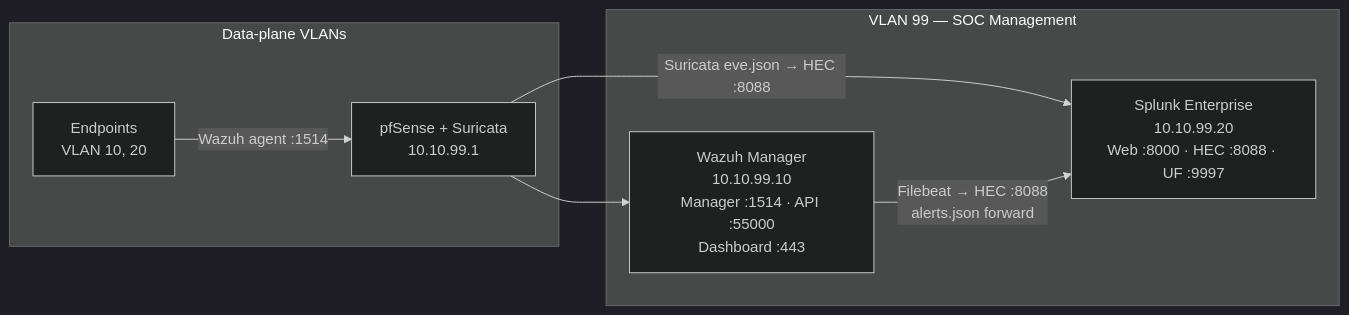
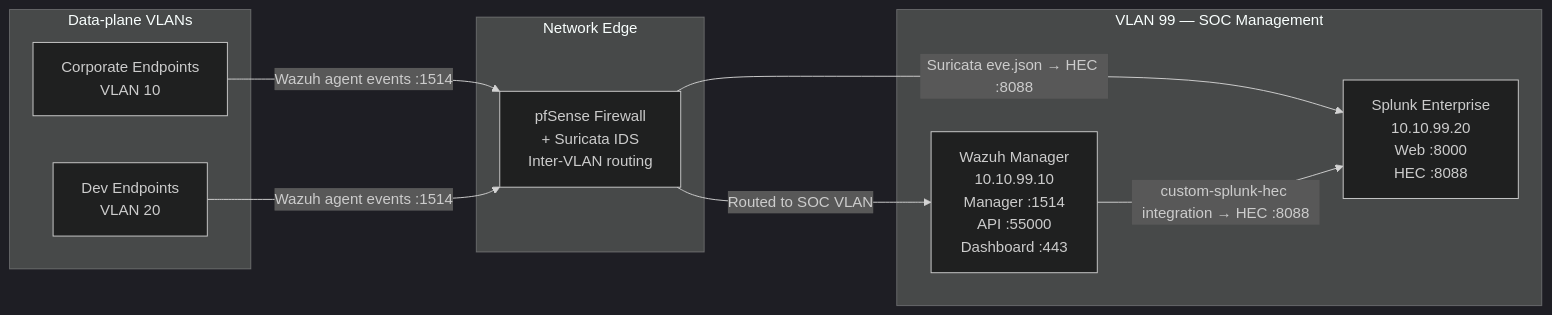
Before and after one commit to DanielBandarica02/SOC-HomeLab: the diagram in docs/phase3-soc-stack.md, drawn with Mermaid (dark theme). The commit also changed other lines of this file, not shown here.

````diff
--- a/docs/phase3-soc-stack.md
+++ b/docs/phase3-soc-stack.md
@@ -21,14 +21,22 @@
 ```mermaid
 flowchart LR
-    subgraph DATA[Data-plane VLANs]
-        EP1[Endpoints<br/>VLAN 10, 20]
-        PF[pfSense + Suricata<br/>10.10.99.1]
+    subgraph DP[Data-plane VLANs]
+        EP_COR[Corporate Endpoints<br/>VLAN 10]
+        EP_DEV[Dev Endpoints<br/>VLAN 20]
     end
+    
+    subgraph EDGE[Network Edge]
+        PF[pfSense Firewall<br/>+ Suricata IDS<br/>Inter-VLAN routing]
+    end
+    
     subgraph SOC[VLAN 99 — SOC Management]
-        WZ[Wazuh Manager<br/>10.10.99.10<br/>Manager :1514 · API :55000<br/>Dashboard :443]
-        SP[Splunk Enterprise<br/>10.10.99.20<br/>Web :8000 · HEC :8088 · UF :9997]
+        WZ[Wazuh Manager<br/>10.10.99.10<br/>Manager :1514<br/>API :55000<br/>Dashboard :443]
+        SP[Splunk Enterprise<br/>10.10.99.20<br/>Web :8000<br/>HEC :8088]
     end
-    EP1 -- "Wazuh agent :1514" --> PF --> WZ
+    
+    EP_COR -- "Wazuh agent events :1514" --> PF
+    EP_DEV -- "Wazuh agent events :1514" --> PF
+    PF -- "Routed to SOC VLAN" --> WZ
     PF -- "Suricata eve.json → HEC :8088" --> SP
-    WZ -- "Filebeat → HEC :8088<br/>alerts.json forward" --> SP
+    WZ -- "custom-splunk-hec integration → HEC :8088" --> SP
 ```
````
